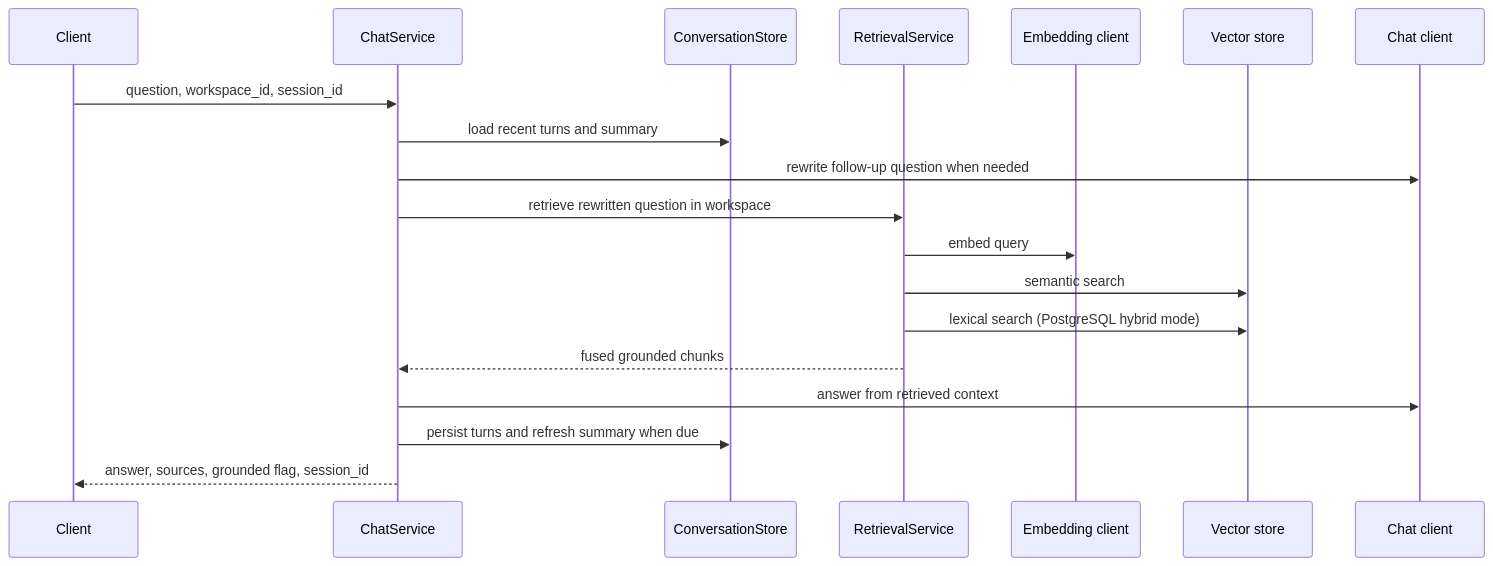
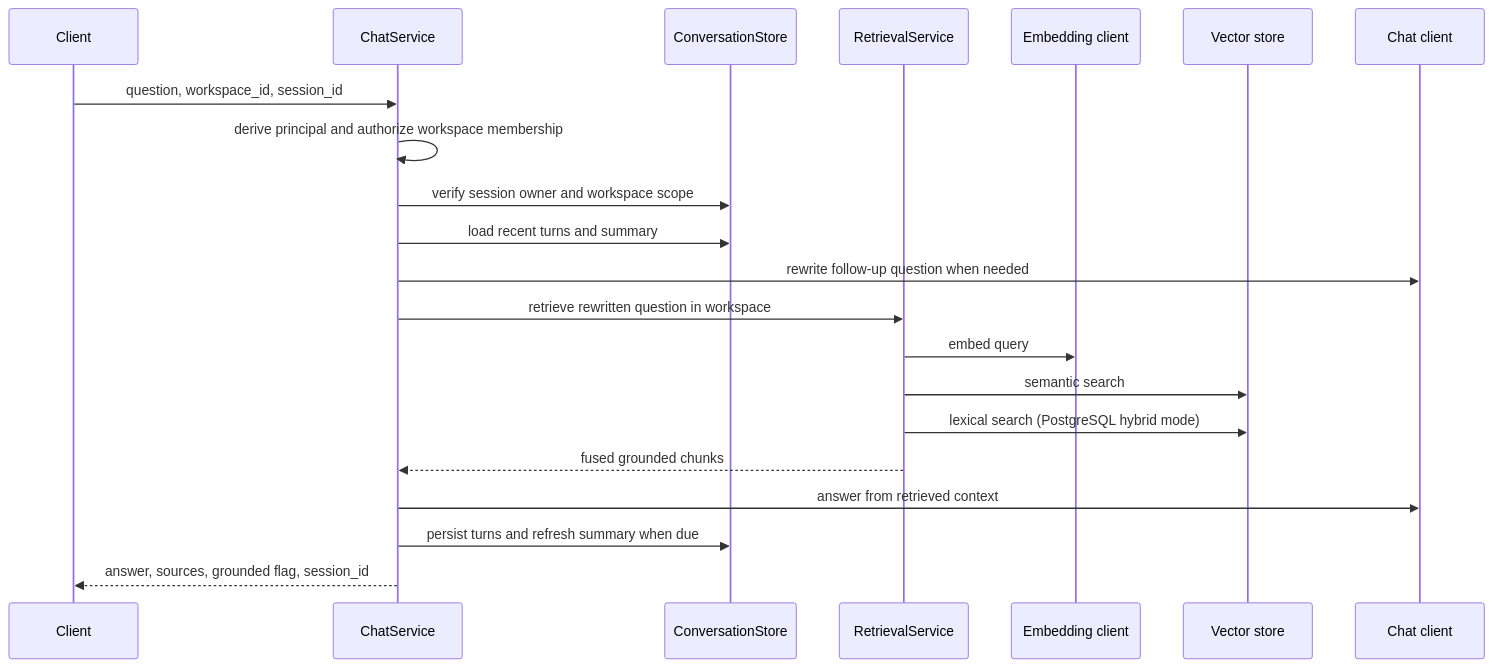
Before and after one commit to EldadDor/RAG-dev-plane: the third of 3 diagrams in docs/architecture.md, drawn with Mermaid. The commit also changed other lines of this file and 22 other files, not shown here.

````diff
--- a/docs/architecture.md
+++ b/docs/architecture.md
@@ -65,22 +70,24 @@
 ```mermaid
 sequenceDiagram
     participant C as Client
     participant A as ChatService
     participant M as ConversationStore
     participant R as RetrievalService
     participant E as Embedding client
     participant V as Vector store
     participant L as Chat client
 
     C->>A: question, workspace_id, session_id
+    A->>A: derive principal and authorize workspace membership
+    A->>M: verify session owner and workspace scope
     A->>M: load recent turns and summary
     A->>L: rewrite follow-up question when needed
     A->>R: retrieve rewritten question in workspace
     R->>E: embed query
     R->>V: semantic search
     R->>V: lexical search (PostgreSQL hybrid mode)
     R-->>A: fused grounded chunks
     A->>L: answer from retrieved context
     A->>M: persist turns and refresh summary when due
     A-->>C: answer, sources, grounded flag, session_id
 ```
````
